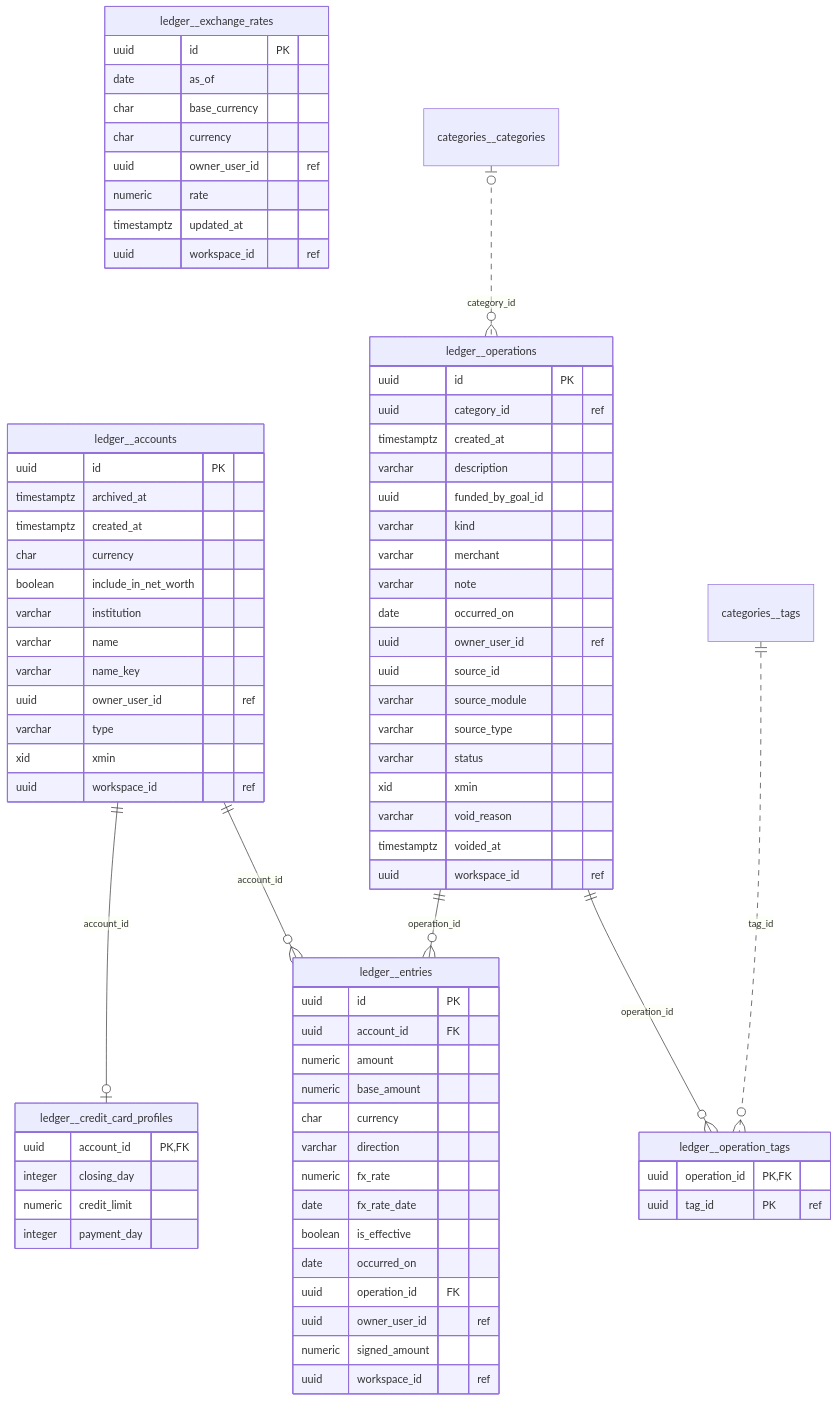
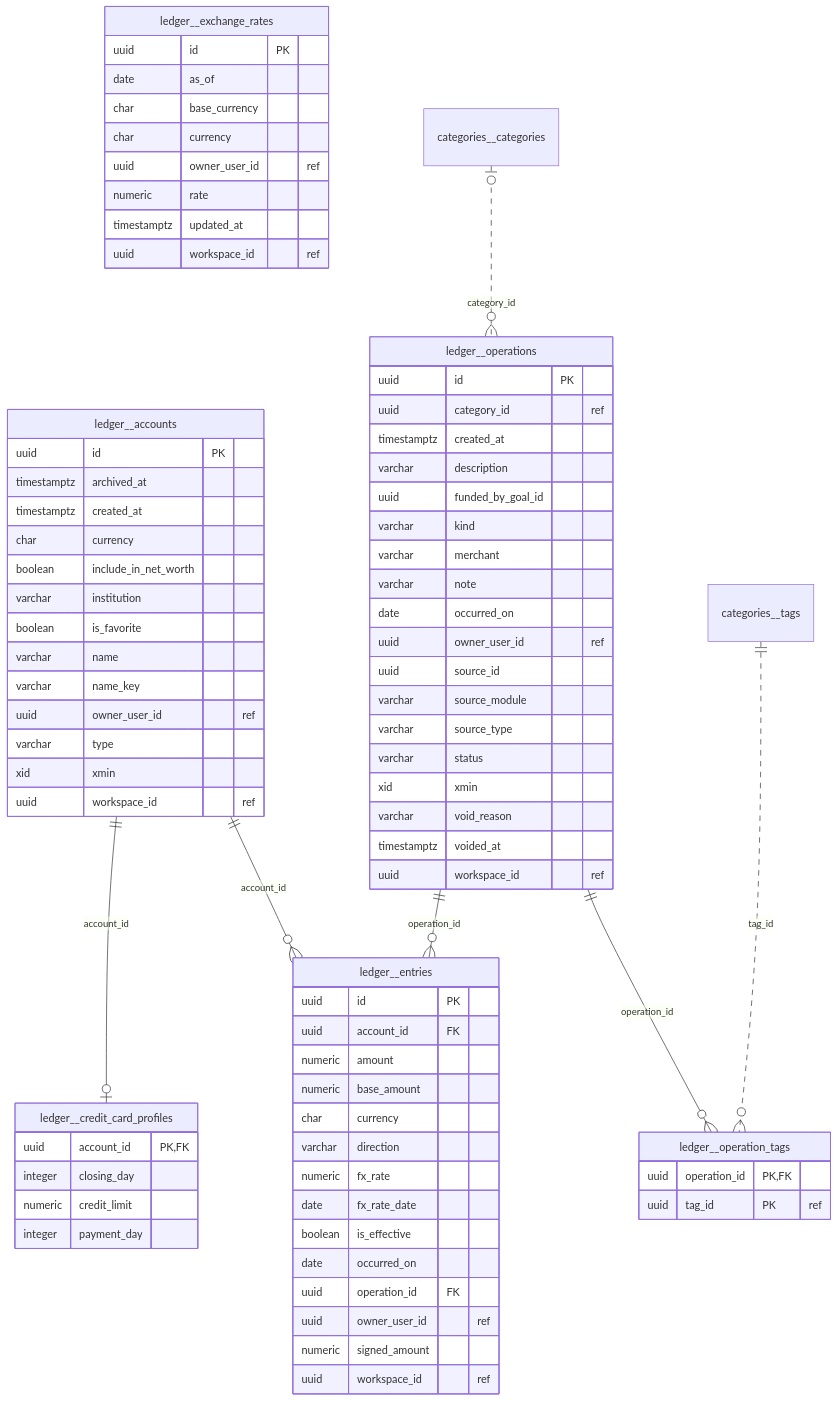
Before and after one commit to TorresMBA/finanzas-hub-api: the fifth of 13 diagrams in docs/backend/database.md, drawn with Mermaid. The commit also changed other lines of this file and 66 other files, not shown here.

````diff
--- a/docs/backend/database.md
+++ b/docs/backend/database.md
@@ -573,79 +573,80 @@
 ```mermaid
 erDiagram
     ledger__accounts {
         uuid id PK
         timestamptz archived_at
         timestamptz created_at
         char currency
         boolean include_in_net_worth
         varchar institution
+        boolean is_favorite
         varchar name
         varchar name_key
         uuid owner_user_id "ref"
         varchar type
         xid xmin
         uuid workspace_id "ref"
     }
     ledger__entries {
         uuid id PK
         uuid account_id FK
         numeric amount
         numeric base_amount
         char currency
         varchar direction
         numeric fx_rate
         date fx_rate_date
         boolean is_effective
         date occurred_on
         uuid operation_id FK
         uuid owner_user_id "ref"
         numeric signed_amount
         uuid workspace_id "ref"
     }
     ledger__exchange_rates {
         uuid id PK
         date as_of
         char base_currency
         char currency
         uuid owner_user_id "ref"
         numeric rate
         timestamptz updated_at
         uuid workspace_id "ref"
     }
     ledger__operations {
         uuid id PK
         uuid category_id "ref"
         timestamptz created_at
         varchar description
         uuid funded_by_goal_id
         varchar kind
         varchar merchant
         varchar note
         date occurred_on
         uuid owner_user_id "ref"
         uuid source_id
         varchar source_module
         varchar source_type
         varchar status
         xid xmin
         varchar void_reason
         timestamptz voided_at
         uuid workspace_id "ref"
     }
     ledger__credit_card_profiles {
         uuid account_id PK,FK
         integer closing_day
         numeric credit_limit
         integer payment_day
     }
     ledger__operation_tags {
         uuid operation_id PK,FK
         uuid tag_id PK "ref"
     }
     ledger__accounts ||--o{ ledger__entries : "account_id"
     ledger__operations ||--o{ ledger__entries : "operation_id"
     categories__categories |o..o{ ledger__operations : "category_id"
     ledger__accounts ||--o| ledger__credit_card_profiles : "account_id"
     ledger__operations ||--o{ ledger__operation_tags : "operation_id"
     categories__tags ||..o{ ledger__operation_tags : "tag_id"
 ```
````
